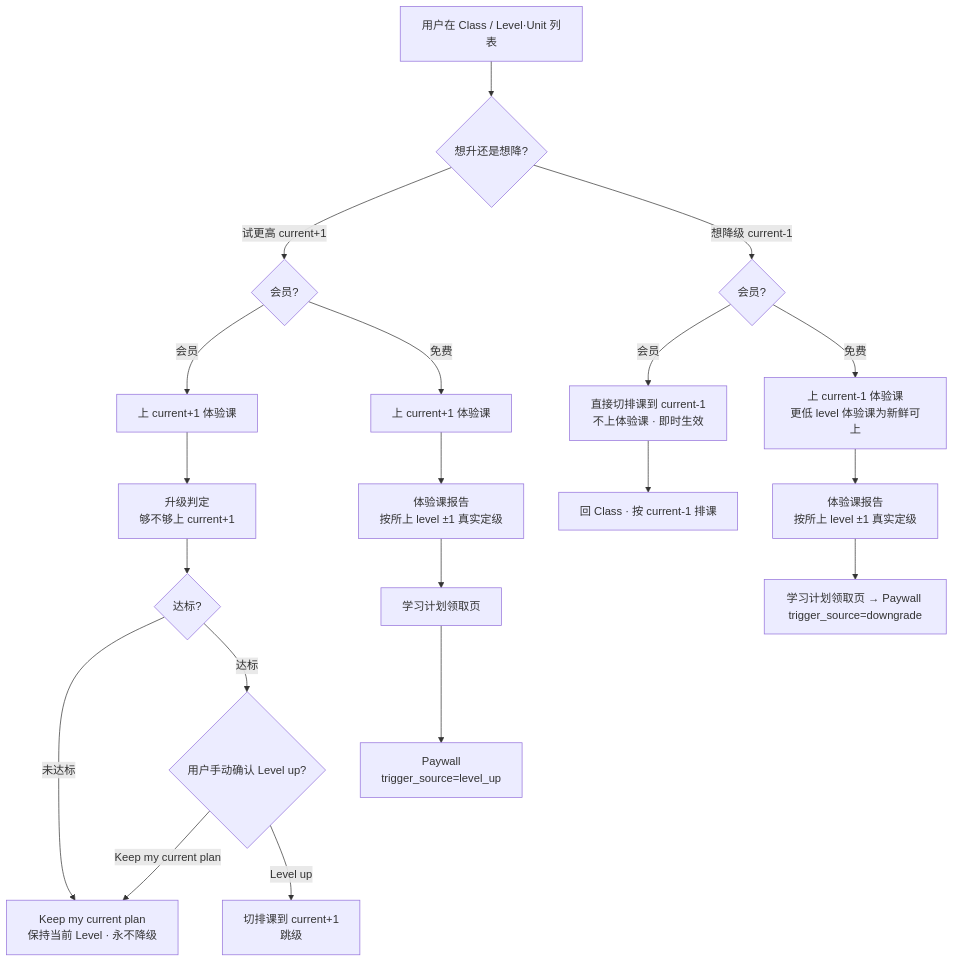
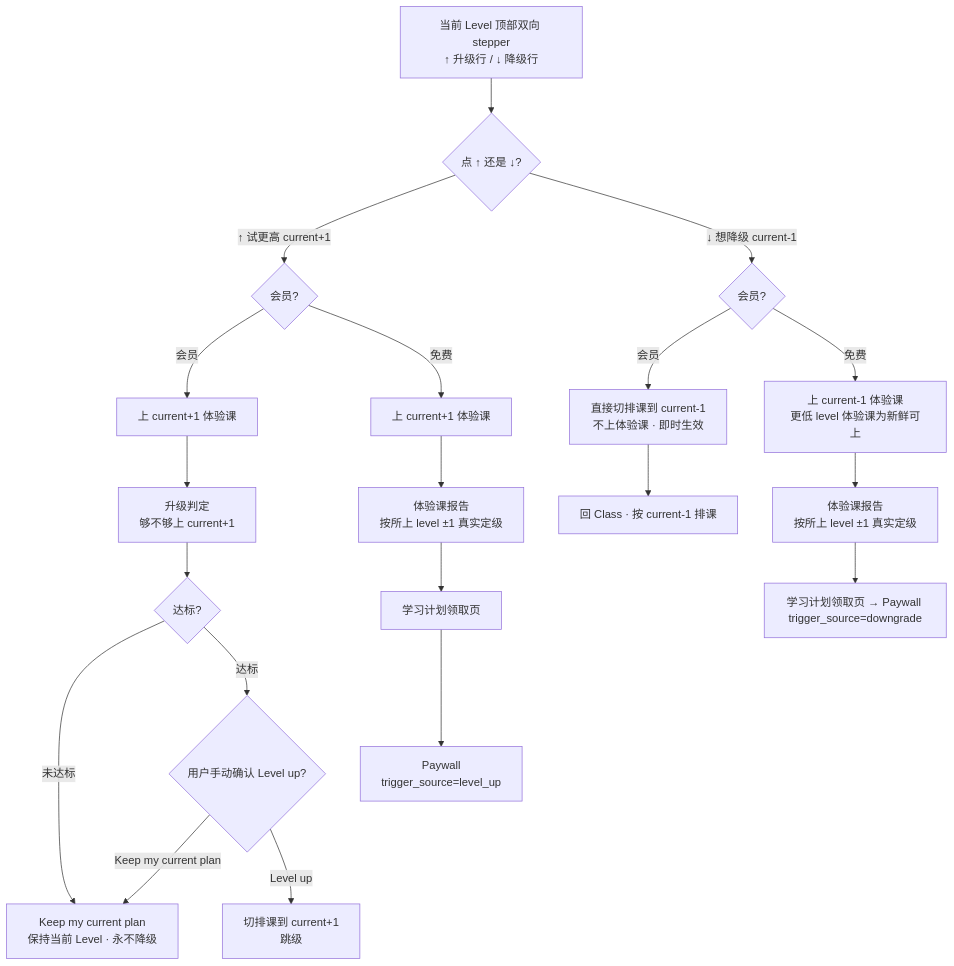
One commit to cyanlee888/cyan changed the first of 3 diagrams in V1.3.1-产品需求文档-PRD.md. Above: the diagram before and after it, drawn with Mermaid. The commit also changed other lines of this file and 3 other files, not shown here.

First line of the commit message:
V1.3.1: unify 升/降 into a dual-direction level stepper

````diff
--- a/V1.3.1-产品需求文档-PRD.md
+++ b/V1.3.1-产品需求文档-PRD.md
@@ -136,24 +134,24 @@
 ```mermaid
 flowchart TB
-  Start[用户在 Class / Level·Unit 列表] --> Dir{想升还是想降?}
+  Start[当前 Level 顶部双向 stepper<br/>↑ 升级行 / ↓ 降级行] --> Dir{点 ↑ 还是 ↓?}
 
-  Dir -->|试更高 current+1| Up{会员?}
+  Dir -->|↑ 试更高 current+1| Up{会员?}
   Up -->|会员| UpTrialM[上 current+1 体验课]
   Up -->|免费| UpTrialF[上 current+1 体验课]
   UpTrialM --> UpReport[升级判定<br/>够不够上 current+1]
   UpReport --> Cmp{达标?}
   Cmp -->|未达标| Keep[Keep my current plan<br/>保持当前 Level · 永不降级]
   Cmp -->|达标| Confirm{用户手动确认 Level up?}
   Confirm -->|Keep my current plan| Keep
   Confirm -->|Level up| UpdatePlanM[切排课到 current+1<br/>跳级]
   UpTrialF --> UpReportF[体验课报告<br/>按所上 level ±1 真实定级]
   UpReportF --> StudyPlanUp[学习计划领取页]
   StudyPlanUp --> PaywallUp[Paywall<br/>trigger_source=level_up]
 
-  Dir -->|想降级 current-1| Down{会员?}
+  Dir -->|↓ 想降级 current-1| Down{会员?}
   Down -->|会员| DownDirect[直接切排课到 current-1<br/>不上体验课 · 即时生效]
   Down -->|免费| DownTrialF[上 current-1 体验课<br/>更低 level 体验课为新鲜可上]
   DownTrialF --> DownReport[体验课报告<br/>按所上 level ±1 真实定级]
   DownReport --> StudyPlan[学习计划领取页 → Paywall trigger_source=downgrade]
   DownDirect --> Class2[回 Class · 按 current-1 排课]
 ```
````
